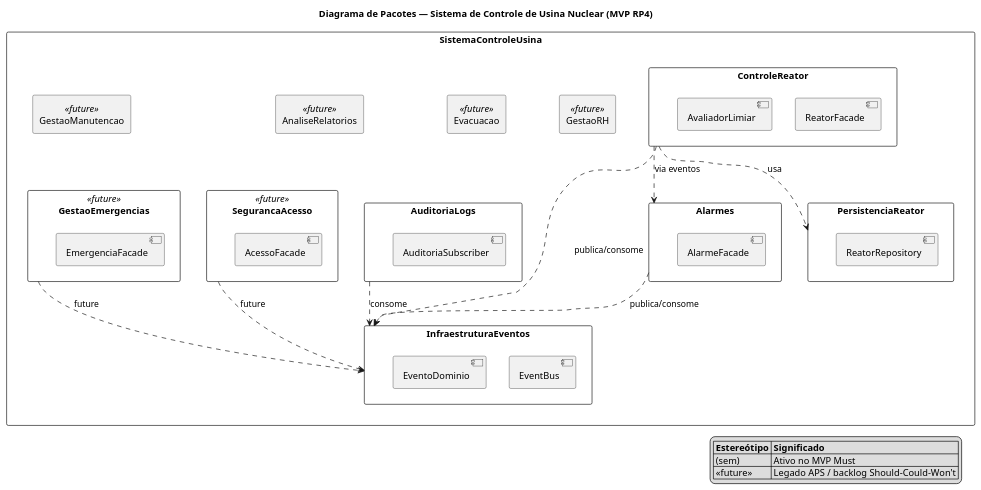
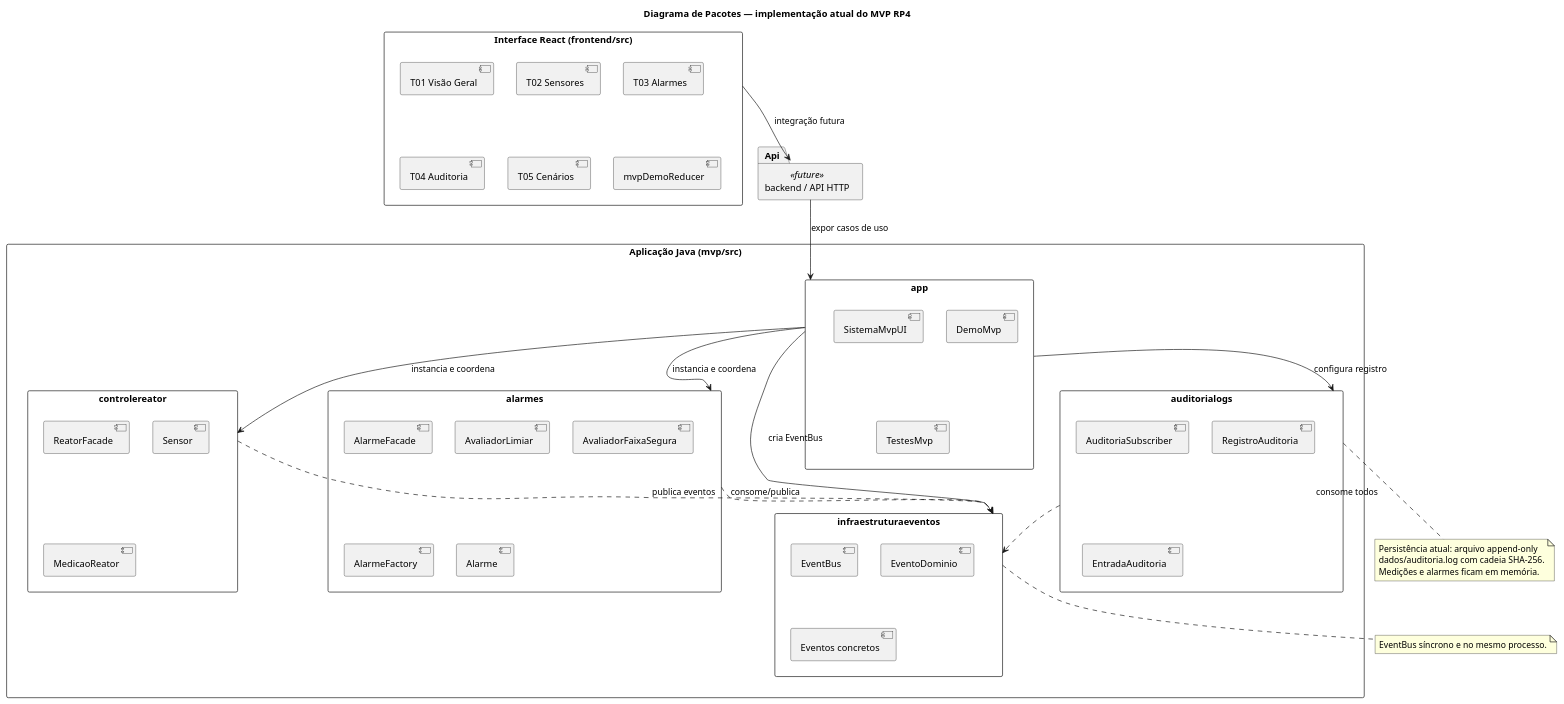
The diagram in docs/marco1/diagramas/pacotes.puml (rlampago22/RP-IV), drawn with PlantUML before and after one commit. The commit also changed 36 other files, not shown here.

Commit message:
docs: substituir Mermaid por UML e alinhar arquitetura

```diff
--- a/docs/marco1/diagramas/pacotes.puml
+++ b/docs/marco1/diagramas/pacotes.puml
@@ -1,65 +1,71 @@
 @startuml pacotes-mvp-usina
-title Diagrama de Pacotes — Sistema de Controle de Usina Nuclear (MVP RP4)
+title Diagrama de Pacotes — implementação atual do MVP RP4
 skinparam packageStyle rectangle
 skinparam shadowing false
 
-package "SistemaControleUsina" {
+package "Aplicação Java (mvp/src)" {
+  package "app" as App {
+    [DemoMvp]
+    [SistemaMvpUI]
+    [TestesMvp]
+  }
 
-  package "InfraestruturaEventos" {
+  package "controlereator" as ControleReator {
+    [ReatorFacade]
+    [Sensor]
+    [MedicaoReator]
+  }
+
+  package "alarmes" as Alarmes {
+    [AlarmeFacade]
+    [AvaliadorLimiar]
+    [AvaliadorFaixaSegura]
+    [AlarmeFactory]
+    [Alarme]
+  }
+
+  package "infraestruturaeventos" as InfraEventos {
     [EventBus]
     [EventoDominio]
+    [Eventos concretos]
   }
 
-  package "ControleReator" {
-    [ReatorFacade]
-    [AvaliadorLimiar]
-  }
-
-  package "Alarmes" {
-    [AlarmeFacade]
-  }
-
-  package "PersistenciaReator" {
-    [ReatorRepository]
-  }
-
-  package "AuditoriaLogs" {
+  package "auditorialogs" as Auditoria {
     [AuditoriaSubscriber]
-  }
-
-  package "SegurancaAcesso" <<future>> {
-    [AcessoFacade]
-  }
-
-  package "GestaoEmergencias" <<future>> {
-    [EmergenciaFacade]
-  }
-
-  package "GestaoRH" <<future>> {
-  }
-
-  package "Evacuacao" <<future>> {
-  }
-
-  package "AnaliseRelatorios" <<future>> {
-  }
-
-  package "GestaoManutencao" <<future>> {
+    [RegistroAuditoria]
+    [EntradaAuditoria]
   }
 }
 
-ControleReator ..> InfraestruturaEventos : publica/consome
-Alarmes ..> InfraestruturaEventos : publica/consome
-AuditoriaLogs ..> InfraestruturaEventos : consome
-ControleReator ..> PersistenciaReator : usa
-ControleReator ..> Alarmes : via eventos
-SegurancaAcesso ..> InfraestruturaEventos : «future»
-GestaoEmergencias ..> InfraestruturaEventos : «future»
+package "Interface React (frontend/src)" as Frontend {
+  [T01 Visão Geral]
+  [T02 Sensores]
+  [T03 Alarmes]
+  [T04 Auditoria]
+  [T05 Cenários]
+  [mvpDemoReducer]
+}
 
-legend right
-  |= Estereótipo |= Significado |
-  | (sem) | Ativo no MVP Must |
-  | <<future>> | Legado APS / backlog Should-Could-Won't |
-endlegend
+package "backend / API HTTP" <<future>> as Api
+
+App --> ControleReator : instancia e coordena
+App --> Alarmes : instancia e coordena
+App --> InfraEventos : cria EventBus
+App --> Auditoria : configura registro
+ControleReator ..> InfraEventos : publica eventos
+Alarmes ..> InfraEventos : consome/publica
+Auditoria ..> InfraEventos : consome todos
+Frontend --> Api : integração futura
+Api --> App : expor casos de uso
+
+note bottom of Auditoria
+  Persistência atual: arquivo append-only
+  dados/auditoria.log com cadeia SHA-256.
+  Medições e alarmes ficam em memória.
+end note
+
+note bottom of InfraEventos
+  EventBus síncrono e no mesmo processo.
+end note
 
 @enduml
```
